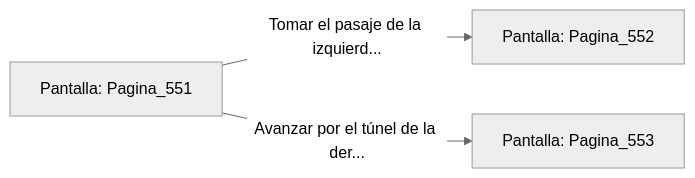
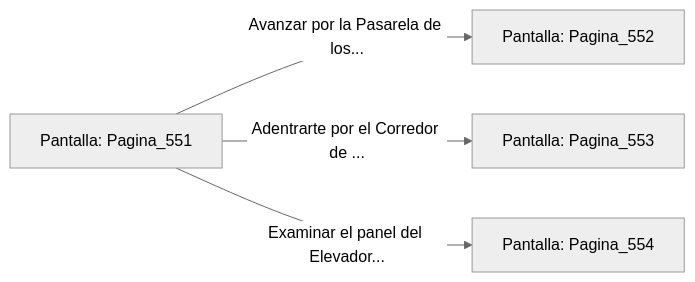
The diagram in sample/eligejuego-vault/Pantalla_Pagina_551.md (metsuke/mpl), drawn with Mermaid (neutral theme) before and after one commit. The commit also changed other lines of this file and 635 other files, not shown here.

First line of the commit message:
fix: añadir Pagina_1 como pantalla inicial en capitulo_01.mpl

````diff
--- a/sample/eligejuego-vault/Pantalla_Pagina_551.md
+++ b/sample/eligejuego-vault/Pantalla_Pagina_551.md
@@ -20,6 +27,7 @@
 ```mermaid
 graph LR
     P_Pagina_551["Pantalla: Pagina_551"]
-    P_Pagina_551 -->|"Tomar el pasaje de la izquierd..."| P_Pagina_552["Pantalla: Pagina_552"]
-    P_Pagina_551 -->|"Avanzar por el túnel de la der..."| P_Pagina_553["Pantalla: Pagina_553"]
+    P_Pagina_551 -->|"Avanzar por la Pasarela de los..."| P_Pagina_552["Pantalla: Pagina_552"]
+    P_Pagina_551 -->|"Adentrarte por el Corredor de ..."| P_Pagina_553["Pantalla: Pagina_553"]
+    P_Pagina_551 -->|"Examinar el panel del Elevador..."| P_Pagina_554["Pantalla: Pagina_554"]
 ```
````
